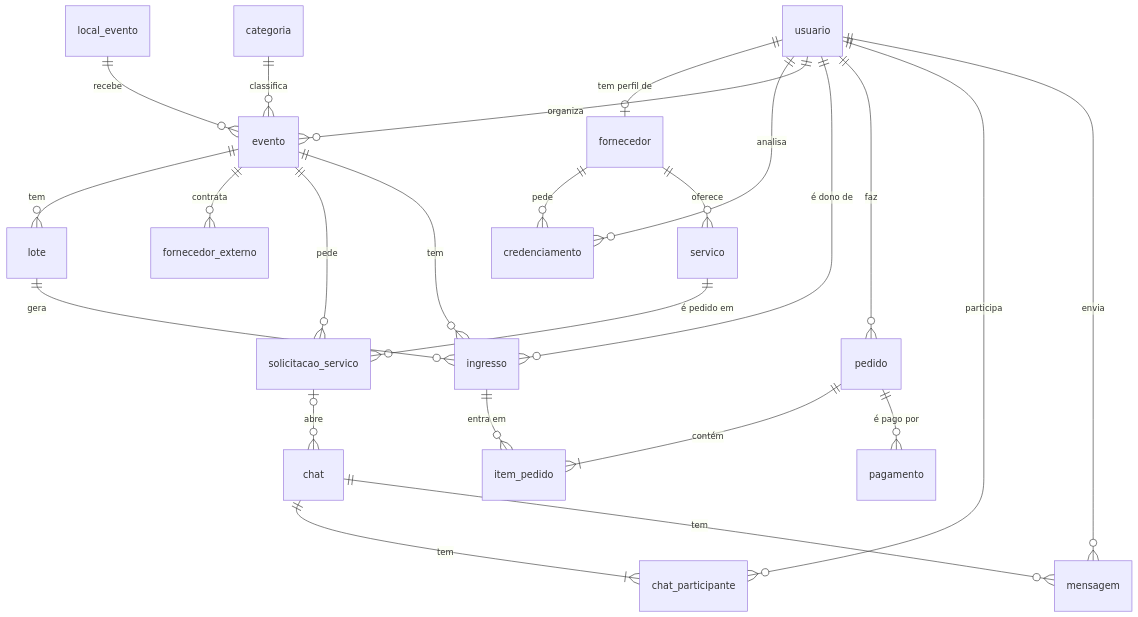
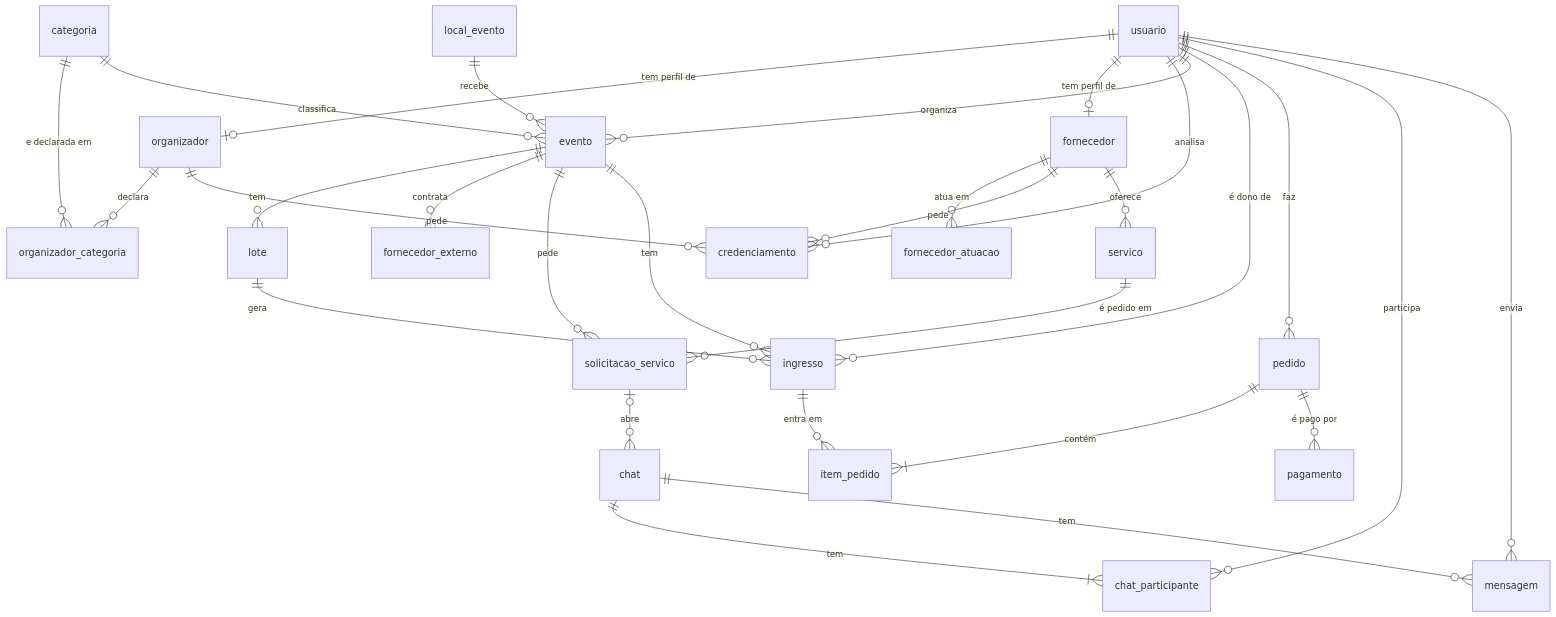
One commit to 2026-2-MCC2/Projeto6 changed the diagram in Entrega2/Proj.BancodeDados/README.md. Above: the diagram before and after it, drawn with Mermaid. The commit also changed other lines of this file and 19 other files, not shown here.

````diff
--- a/Entrega2/Proj.BancodeDados/README.md
+++ b/Entrega2/Proj.BancodeDados/README.md
@@ -48,26 +51,31 @@
 ```mermaid
 erDiagram
+    usuario ||--o| organizador : "tem perfil de"
+    organizador ||--o{ organizador_categoria : "declara"
+    categoria ||--o{ organizador_categoria : "e declarada em"
+    organizador ||--o{ credenciamento : "pede"
     usuario ||--o| fornecedor : "tem perfil de"
+    fornecedor ||--o{ fornecedor_atuacao : "atua em"
     fornecedor ||--o{ credenciamento : "pede"
     usuario ||--o{ credenciamento : "analisa"
     fornecedor ||--o{ servico : "oferece"
     usuario ||--o{ evento : "organiza"
     local_evento ||--o{ evento : "recebe"
     categoria ||--o{ evento : "classifica"
     evento ||--o{ lote : "tem"
     evento ||--o{ fornecedor_externo : "contrata"
     evento ||--o{ solicitacao_servico : "pede"
     servico ||--o{ solicitacao_servico : "é pedido em"
     lote ||--o{ ingresso : "gera"
     evento ||--o{ ingresso : "tem"
     usuario ||--o{ ingresso : "é dono de"
     usuario ||--o{ pedido : "faz"
     pedido ||--|{ item_pedido : "contém"
     ingresso ||--o{ item_pedido : "entra em"
     pedido ||--o{ pagamento : "é pago por"
     solicitacao_servico |o--o{ chat : "abre"
     chat ||--|{ chat_participante : "tem"
     usuario ||--o{ chat_participante : "participa"
     chat ||--o{ mensagem : "tem"
     usuario ||--o{ mensagem : "envia"
 ```
````
